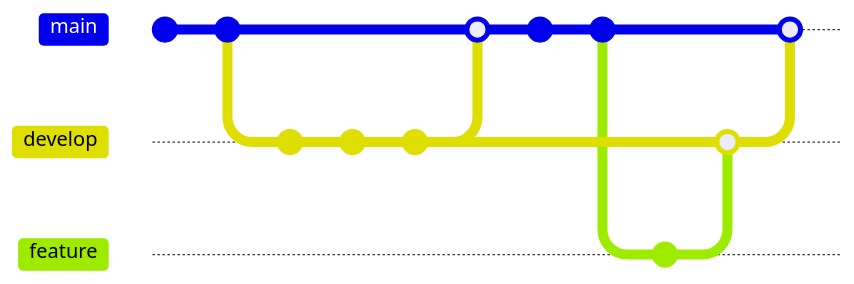
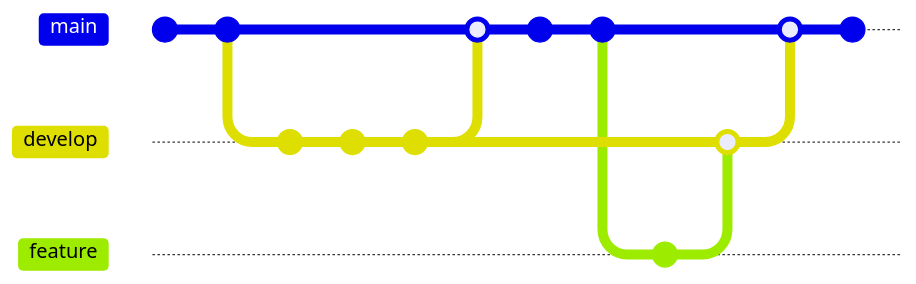
The diagram in GIT.md (Panyapron/git-demo), drawn with Mermaid before and after one commit. Commit ids are hidden.

Commit message:
add(merge)

````diff
--- a/GIT.md
+++ b/GIT.md
@@ -2,19 +2,20 @@
 ```mermaid
     gitGraph
        commit id: "init"
        commit
        branch develop
        commit
        commit
        commit
        checkout main
        merge develop
        commit
        commit
        branch feature
        commit
        checkout develop
        merge feature
        checkout main
        merge develop
+       commit id: "merge"
 ```
````
